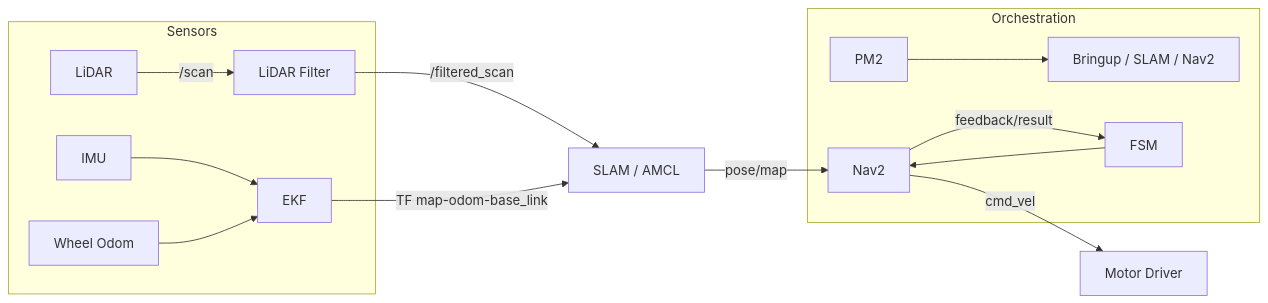
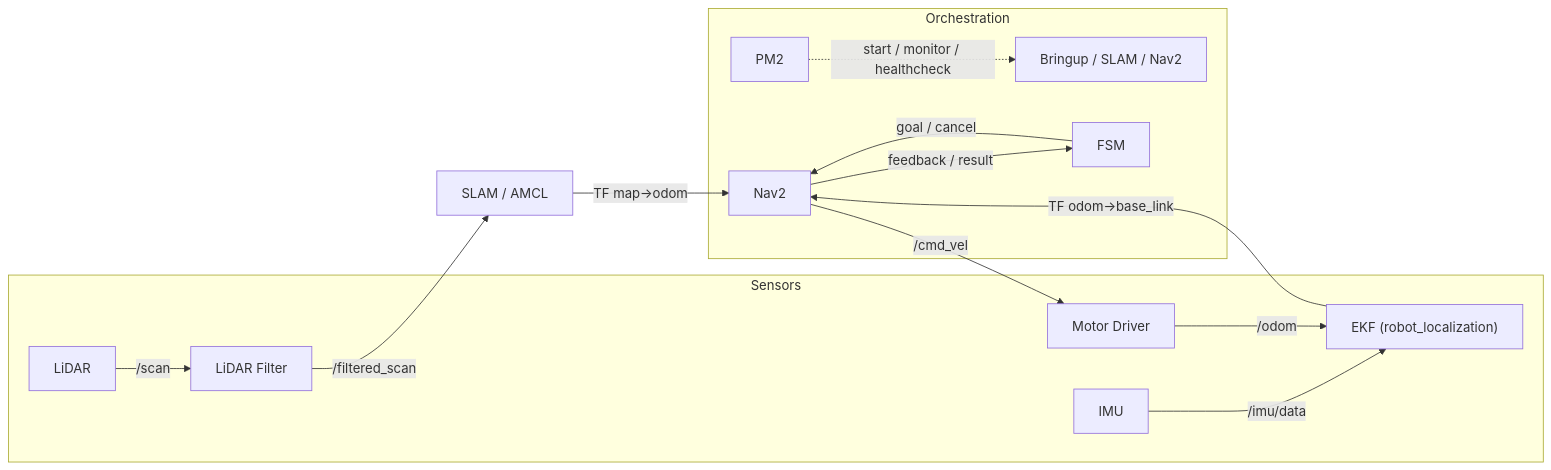
The diagram in README.md (DeveloperKSH/Indoor_LogisticsRobot), drawn with Mermaid before and after one commit.

Commit message:
md file update

````diff
--- a/README.md
+++ b/README.md
@@ -66,19 +66,21 @@
 ```mermaid
 flowchart LR
   subgraph Sensors
     L["LiDAR"] -->|/scan| F1["LiDAR Filter"]
-    I["IMU"] --> E["EKF"]
-    O["Wheel Odom"] --> E
+    I["IMU"] -->|/imu/data| E["EKF (robot_localization)"]
+    M["Motor Driver"] -->|/odom| E
   end
 
   F1 -->|/filtered_scan| S["SLAM / AMCL"]
-  E -->|TF map-odom-base_link| S
-  S -->|pose/map| N["Nav2"]
-  N -->|cmd_vel| M["Motor Driver"]
+  %% TF 분리 표기: AMCL -> map→odom, EKF -> odom→base_link
+  S -->|TF map→odom| N["Nav2"]
+  E -->|TF odom→base_link| N
+
+  N -->|/cmd_vel| M
 
   subgraph Orchestration
-    P["PM2"] --> B["Bringup / SLAM / Nav2"]
-    W["FSM"] --> N
-    N -->|feedback/result| W
+    P["PM2"] -. "start / monitor / healthcheck" .-> B["Bringup / SLAM / Nav2"]
+    W["FSM"] -->|goal / cancel| N
+    N -->|feedback / result| W
   end
 ```
````
